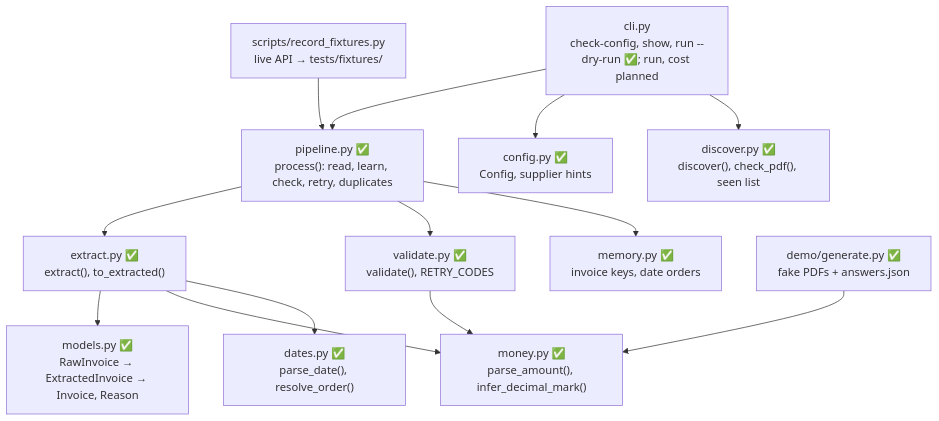
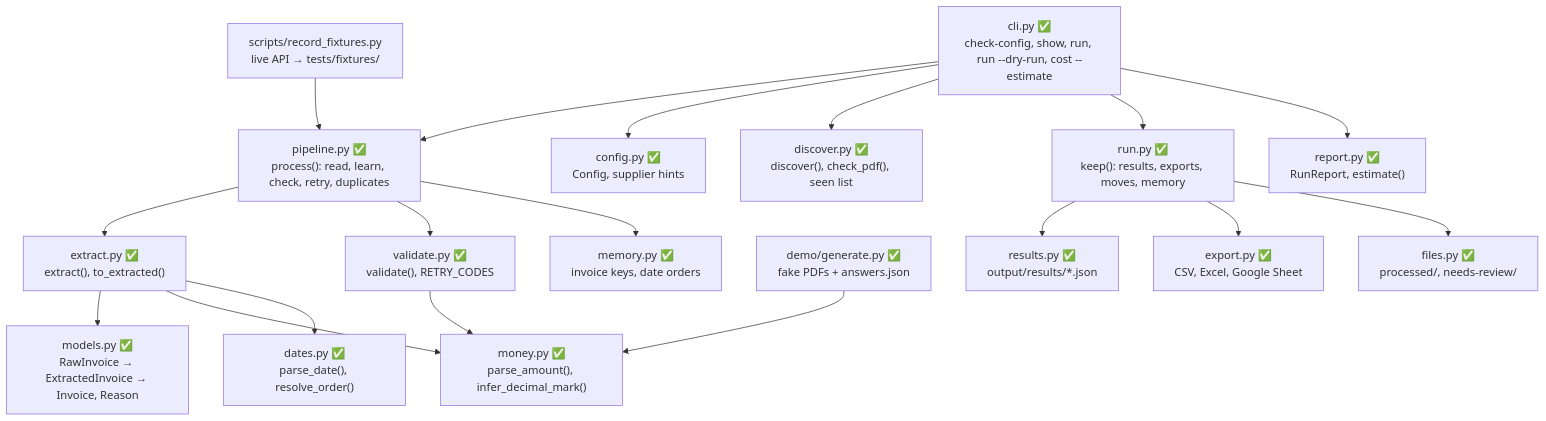
Before and after one commit to yahani/ibis: the second of 4 diagrams in ARCHITECTURE.md, drawn with Mermaid. The commit also changed other lines of this file and 2 other files, not shown here.

Commit message:
PROGRESS.md and ARCHITECTURE.md for session 4

````diff
--- a/ARCHITECTURE.md
+++ b/ARCHITECTURE.md
@@ -38,15 +38,20 @@
 ```mermaid
 flowchart TD
-    cli["cli.py<br/>check-config, show, run --dry-run ✅; run, cost planned"] --> pipeline["pipeline.py ✅<br/>process(): read, learn, check, retry, duplicates"]
+    cli["cli.py ✅<br/>check-config, show, run, run --dry-run, cost --estimate"] --> pipeline["pipeline.py ✅<br/>process(): read, learn, check, retry, duplicates"]
     cli --> config["config.py ✅<br/>Config, supplier hints"]
     cli --> discover["discover.py ✅<br/>discover(), check_pdf(), seen list"]
     pipeline --> extract["extract.py ✅<br/>extract(), to_extracted()"]
     pipeline --> validate["validate.py ✅<br/>validate(), RETRY_CODES"]
     pipeline --> memory["memory.py ✅<br/>invoice keys, date orders"]
     extract --> models["models.py ✅<br/>RawInvoice → ExtractedInvoice → Invoice, Reason"]
     extract --> money["money.py ✅<br/>parse_amount(), infer_decimal_mark()"]
     extract --> dates["dates.py ✅<br/>parse_date(), resolve_order()"]
     validate --> money
     gen["demo/generate.py ✅<br/>fake PDFs + answers.json"] --> money
     record["scripts/record_fixtures.py<br/>live API → tests/fixtures/"] --> pipeline
+    cli --> keep["run.py ✅<br/>keep(): results, exports, moves, memory"]
+    keep --> results["results.py ✅<br/>output/results/*.json"]
+    keep --> export["export.py ✅<br/>CSV, Excel, Google Sheet"]
+    keep --> files["files.py ✅<br/>processed/, needs-review/"]
+    cli --> report["report.py ✅<br/>RunReport, estimate()"]
 ```
````
